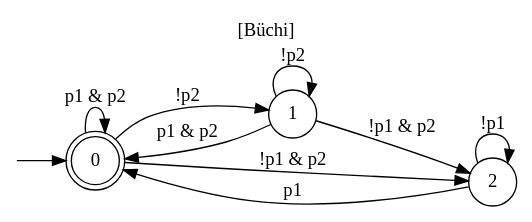
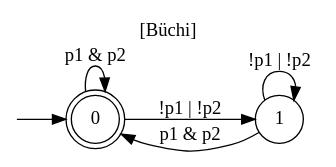
The diagram in Automatons/output/buchi_automaton_tree_test.dot (jrourke48/HMRTA_TS_GENERATION), drawn with Graphviz before and after one commit. The commit also changed 49 other files, not shown here.

```diff
--- a/Automatons/output/buchi_automaton_tree_test.dot
+++ b/Automatons/output/buchi_automaton_tree_test.dot
@@ -1,19 +1,14 @@
 digraph "" {
   rankdir=LR
   label="[Büchi]"
   labelloc="t"
   node [shape="circle"]
   I [label="", style=invis, width=0]
   I -> 0
   0 [label="0", peripheries=2]
   0 -> 0 [label="p1 & p2"]
-  0 -> 1 [label="!p2"]
-  0 -> 2 [label="!p1 & p2"]
+  0 -> 1 [label="!p1 | !p2"]
   1 [label="1"]
   1 -> 0 [label="p1 & p2"]
-  1 -> 1 [label="!p2"]
-  1 -> 2 [label="!p1 & p2"]
-  2 [label="2"]
-  2 -> 0 [label="p1"]
-  2 -> 2 [label="!p1"]
+  1 -> 1 [label="!p1 | !p2"]
 }
```
